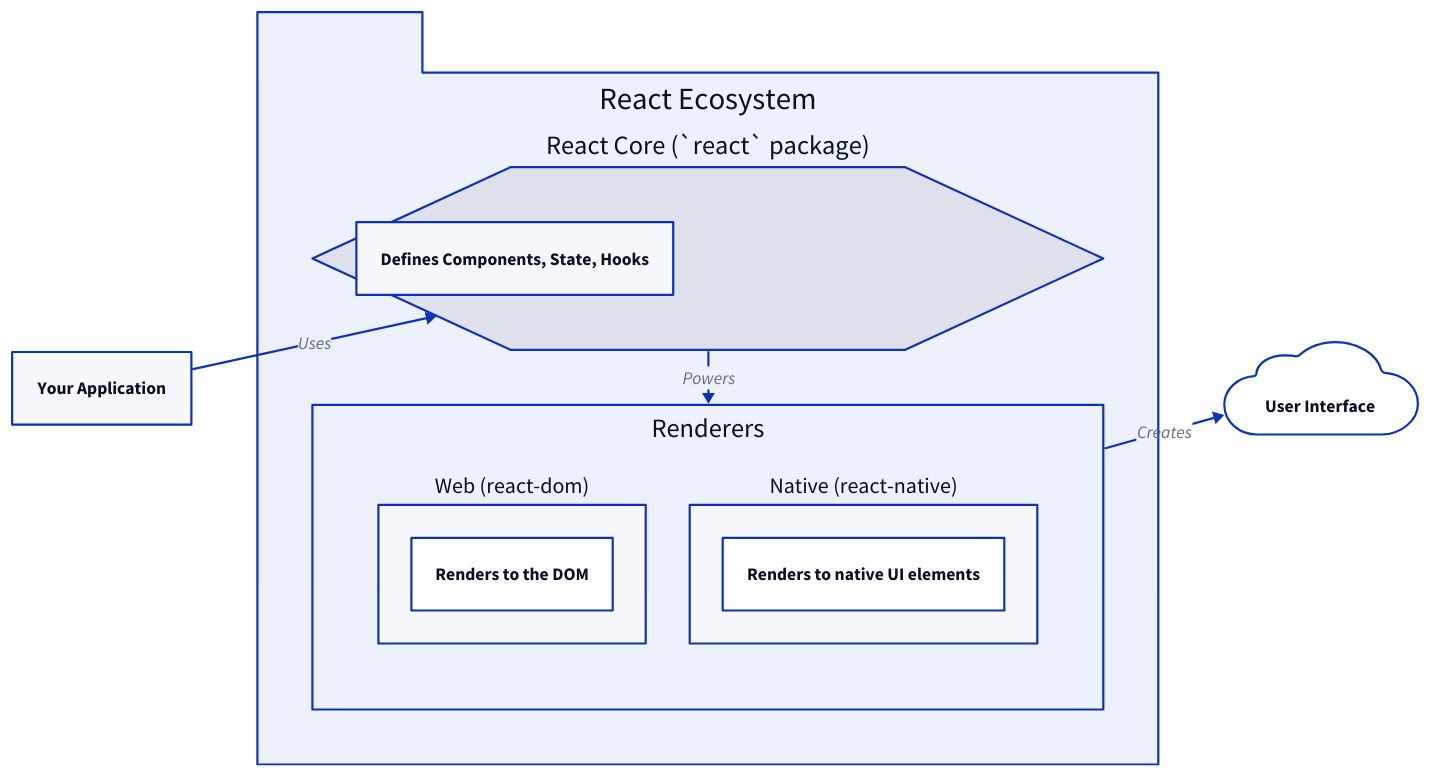
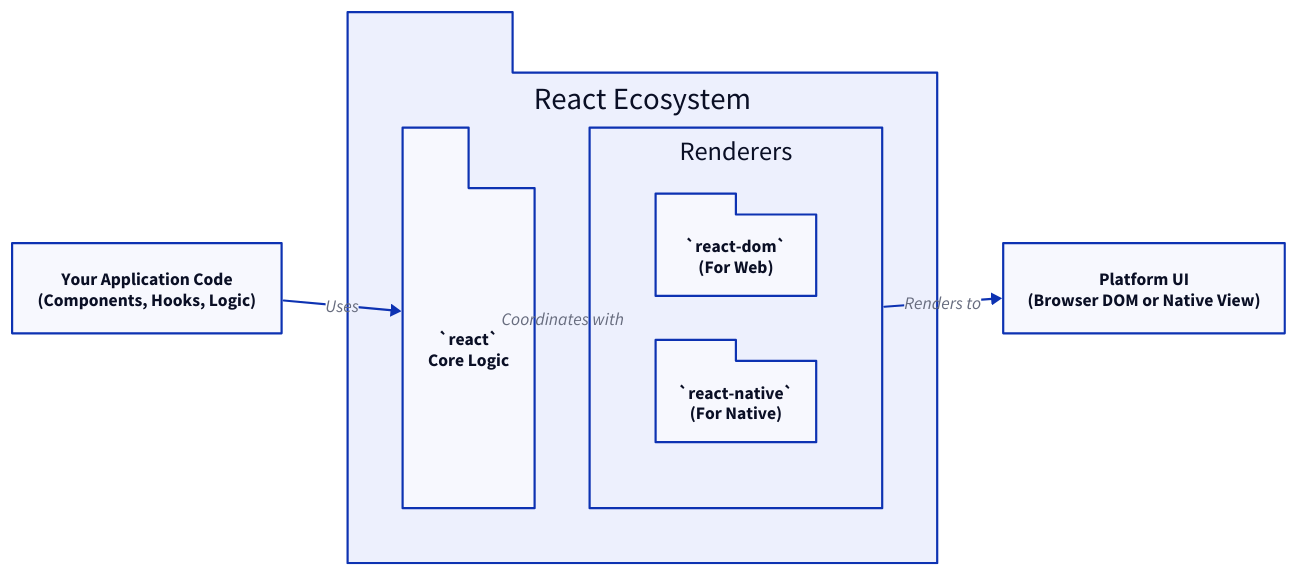
Before and after one commit to lban2049/react: the diagram in packages/react/.aigne/doc-smith/docs/overview.md, drawn with D2. The commit also changed other lines of this file and 46 other files, not shown here.

````diff
--- a/packages/react/.aigne/doc-smith/docs/overview.md
+++ b/packages/react/.aigne/doc-smith/docs/overview.md
@@ -41,41 +7,43 @@
 ```d2
 direction: down
 
-"Your Application" {
+"Your Application": {
   shape: rectangle
+  label: "Your Application Code\n(Components, Hooks, Logic)"
 }
 
-"React Ecosystem" {
+"React Ecosystem": {
   shape: package
-  grid-columns: 1
+  grid-columns: 2
   grid-gap: 50
 
-  "React Core (`react` package)": {
-    shape: hexagon
-    "Defines Components, State, Hooks"
+  "react-package": {
+    label: "`react`\nCore Logic"
+    shape: package
   }
 
-  "Renderers": {
+  "react-renderers": {
+    label: "Renderers"
     shape: rectangle
-    grid-columns: 2
-    
+    grid-columns: 1
+
     "react-dom": {
-      label: "Web (react-dom)"
-      "Renders to the DOM"
+      label: "`react-dom`\n(For Web)"
+      shape: package
     }
-    
     "react-native": {
-      label: "Native (react-native)"
-      "Renders to native UI elements"
+      label: "`react-native`\n(For Native)"
+      shape: package
     }
   }
 }
 
-"User Interface": {
-  shape: cloud
+"Platform-UI": {
+  shape: rectangle
+  label: "Platform UI\n(Browser DOM or Native View)"
 }
 
-"Your Application" -> "React Ecosystem"."React Core (`react` package)": "Uses"
-"React Ecosystem"."React Core (`react` package)" -> "React Ecosystem".Renderers: "Powers"
-"React Ecosystem".Renderers -> "User Interface": "Creates"
+"Your Application" -> "React Ecosystem"."react-package": "Uses"
+"React Ecosystem"."react-package" -> "React Ecosystem"."react-renderers": "Coordinates with"
+"React Ecosystem"."react-renderers" -> "Platform-UI": "Renders to"
 ```
````
